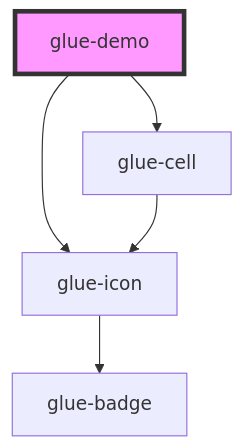
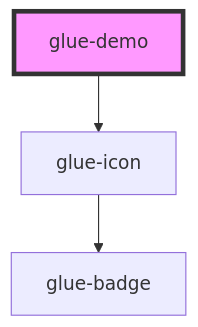
Before and after one commit to grasilife/glue: the diagram in packages/glue-components/src/components/glue-demo/readme.md, drawn with Mermaid. The commit also changed other lines of this file and 15 other files, not shown here.

````diff
--- a/packages/glue-components/src/components/glue-demo/readme.md
+++ b/packages/glue-components/src/components/glue-demo/readme.md
@@ -23,8 +22,6 @@
 ```mermaid
 graph TD;
-  glue-demo --> glue-cell
   glue-demo --> glue-icon
-  glue-cell --> glue-icon
   glue-icon --> glue-badge
   style glue-demo fill:#f9f,stroke:#333,stroke-width:4px
 ```
````
